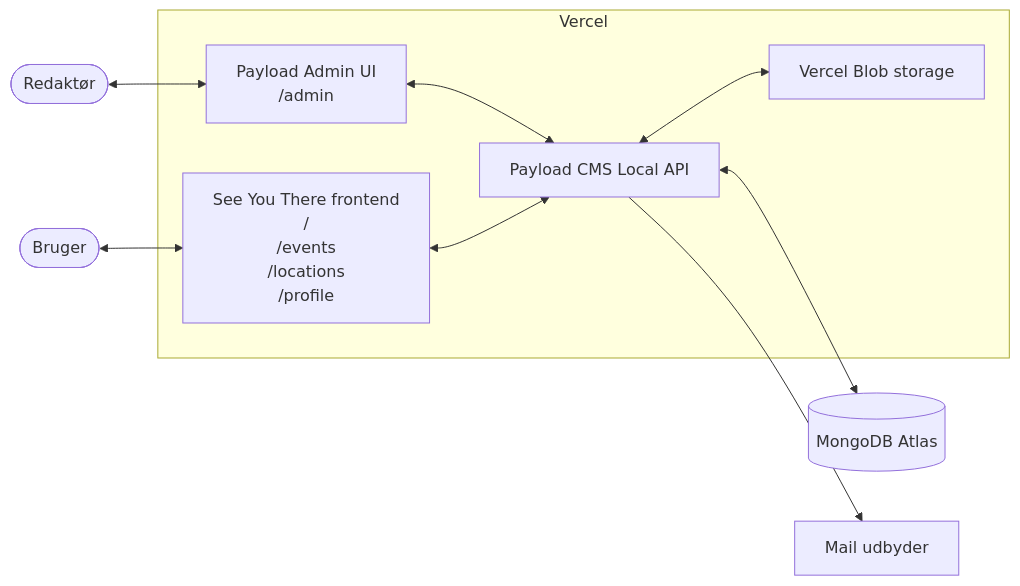
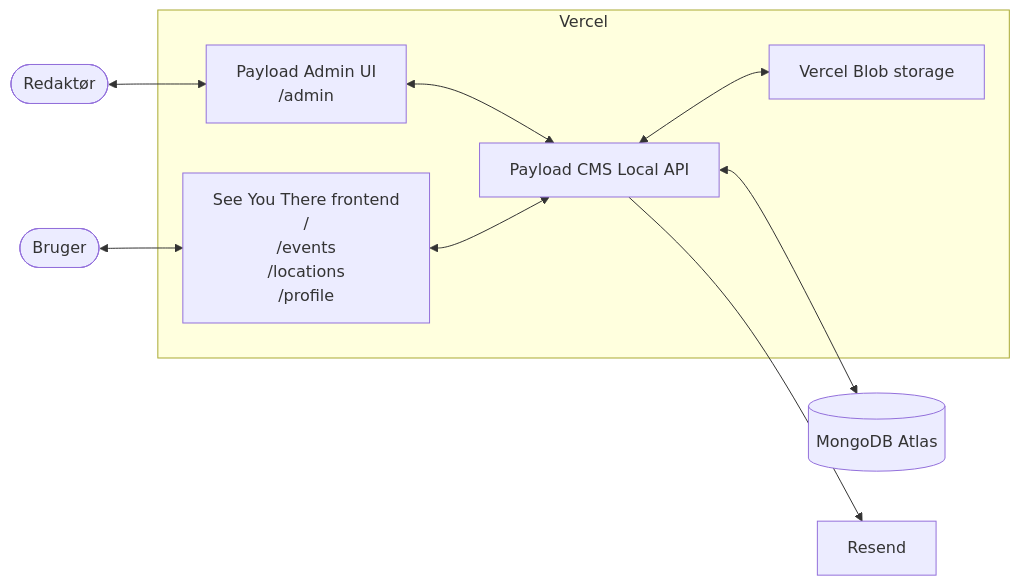
The first of 2 diagrams in src/opgave/03_arkitektur.md (carolinenorgaard/see-you-there), drawn with Mermaid before and after one commit. The commit also changed other lines of this file and 4 other files, not shown here.

````diff
--- a/src/opgave/03_arkitektur.md
+++ b/src/opgave/03_arkitektur.md
@@ -113,31 +119,31 @@
 ```mermaid
 flowchart LR
     User([Bruger])
     Editor([Redaktør])
     AdminUI["Payload Admin UI
     /admin"]
     Next["See You There frontend
     /
     /events
     /locations
     /profile"]
     Payload[Payload CMS Local API]
     Mongo[(MongoDB Atlas)]
     Blob[Vercel Blob storage]
-    Mail[Mail udbyder]
+    Mail[Resend]
 
     User <--> Next
     Editor <--> AdminUI
     AdminUI <--> Payload
     Next <--> Payload
     Payload <--> Mongo
     Payload <--> Blob
     Payload --> Mail
 
     subgraph Vercel
         Next
         AdminUI
         Payload
         Blob
     end
 ```
````
